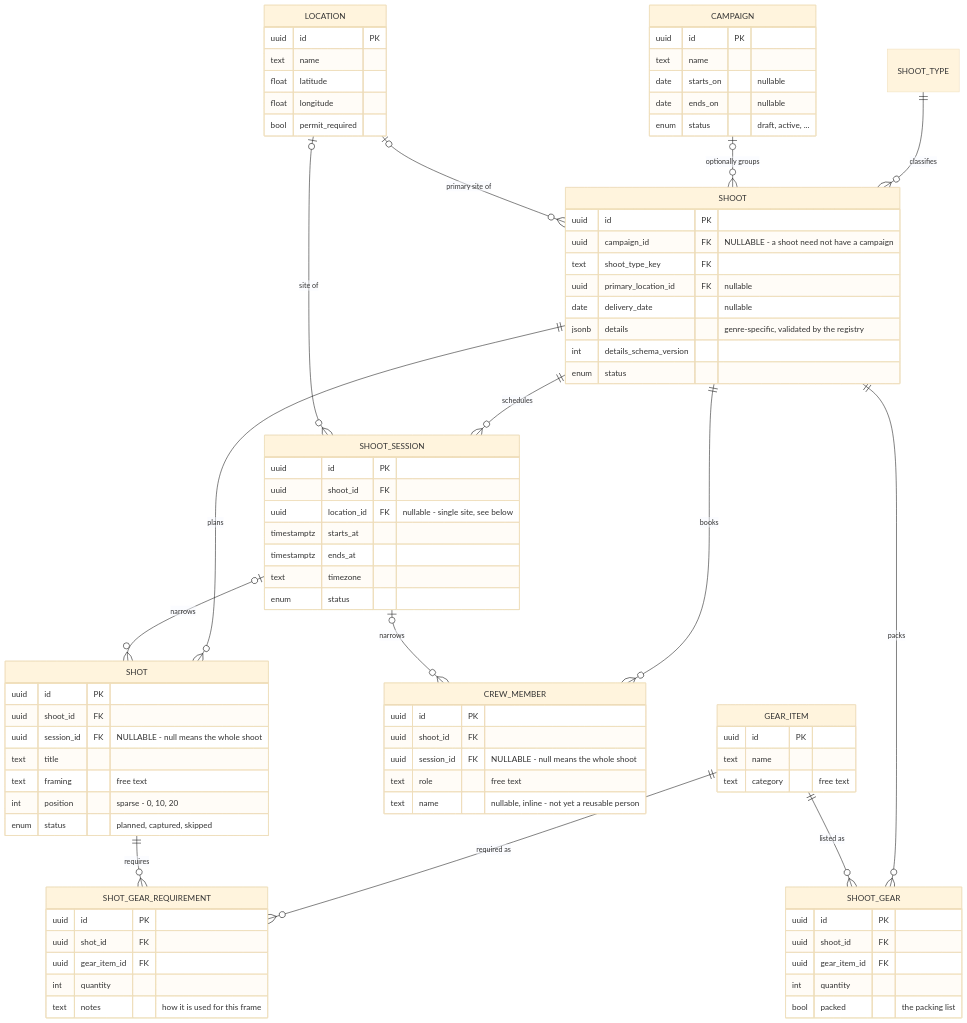
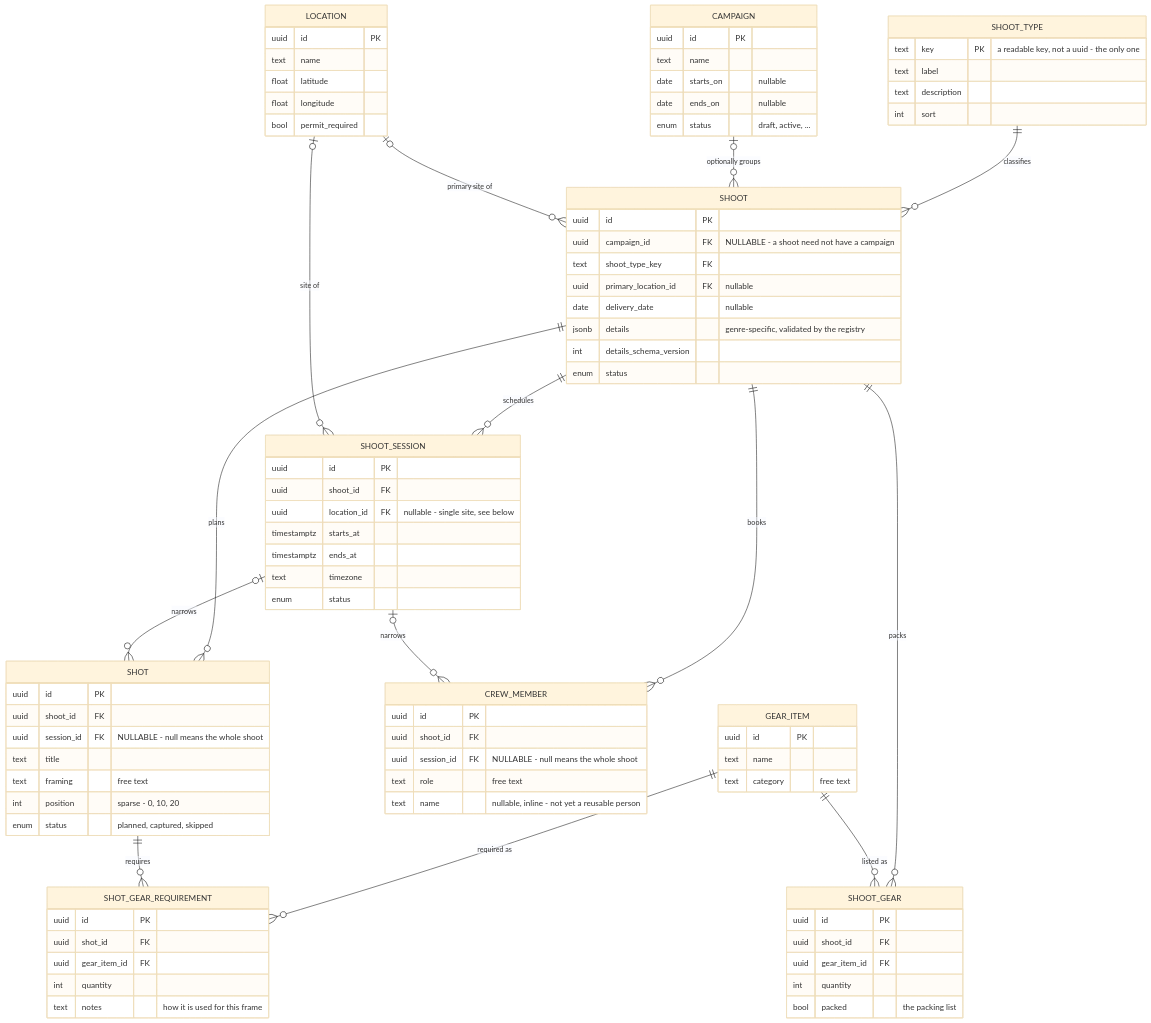
One commit to CharbelHanna/pof changed the diagram in ARCHITECTURE.md. Above: the diagram before and after it, drawn with Mermaid (base theme).

Commit message:
Give SHOOT_TYPE attributes in the data model diagram
It was the only entity without an attribute block, so it rendered as a
bare empty box beside fully populated ones — which reads as an oversight
rather than as the deliberate omission it was.

Its columns are worth showing in any case: the primary key is a readable
text key rather than a uuid, the only one in the model, and that is the
whole point of shoot_type being a reference table. Adding a genre is an
INSERT of a known key, not a migration.

```diff
--- a/ARCHITECTURE.md
+++ b/ARCHITECTURE.md
@@ -66,6 +66,12 @@
     GEAR_ITEM   ||--o{ SHOT_GEAR_REQUIREMENT : "required as"
     SHOT        ||--o{ SHOT_GEAR_REQUIREMENT : requires
 
+    SHOOT_TYPE {
+        text key PK "a readable key, not a uuid - the only one"
+        text label
+        text description
+        int sort
+    }
     CAMPAIGN {
         uuid id PK
         text name
```
